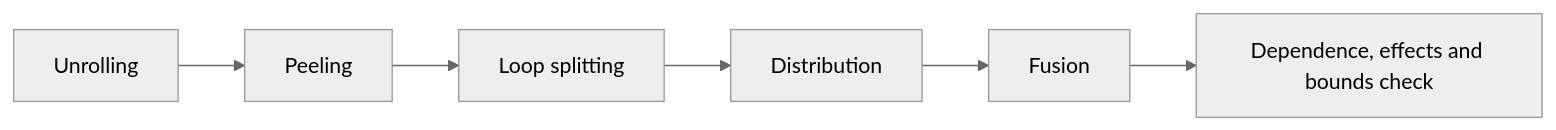
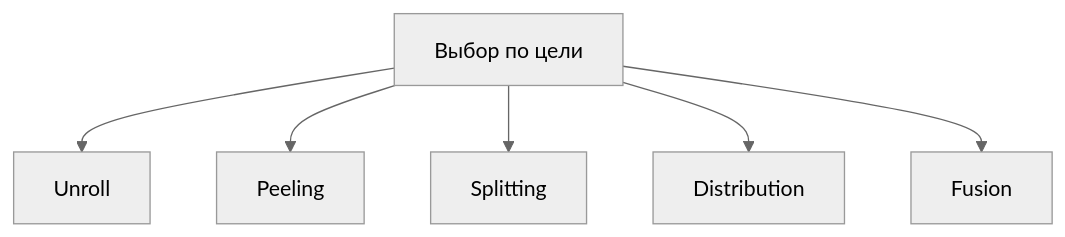
Before and after one commit to Misha1302/Middle-end-compiler-cource: the diagram in docs/modules/17-loop-transformations.md, drawn with Mermaid (neutral theme). The commit also changed other lines of this file and 47 other files, not shown here.

````diff
--- a/docs/modules/17-loop-transformations.md
+++ b/docs/modules/17-loop-transformations.md
@@ -107,8 +31,9 @@
 ```mermaid
-flowchart LR
-    U[Unrolling] --> P[Peeling]
-    P --> S[Loop splitting]
-    S --> D[Distribution]
-    D --> F[Fusion]
-    F --> CHECK[Dependence, effects and bounds check]
+flowchart TD
+  CHOICE[Выбор по цели]
+  CHOICE --> U[Unroll]
+  CHOICE --> P[Peeling]
+  CHOICE --> S[Splitting]
+  CHOICE --> D[Distribution]
+  CHOICE --> F[Fusion]
 ```
````
